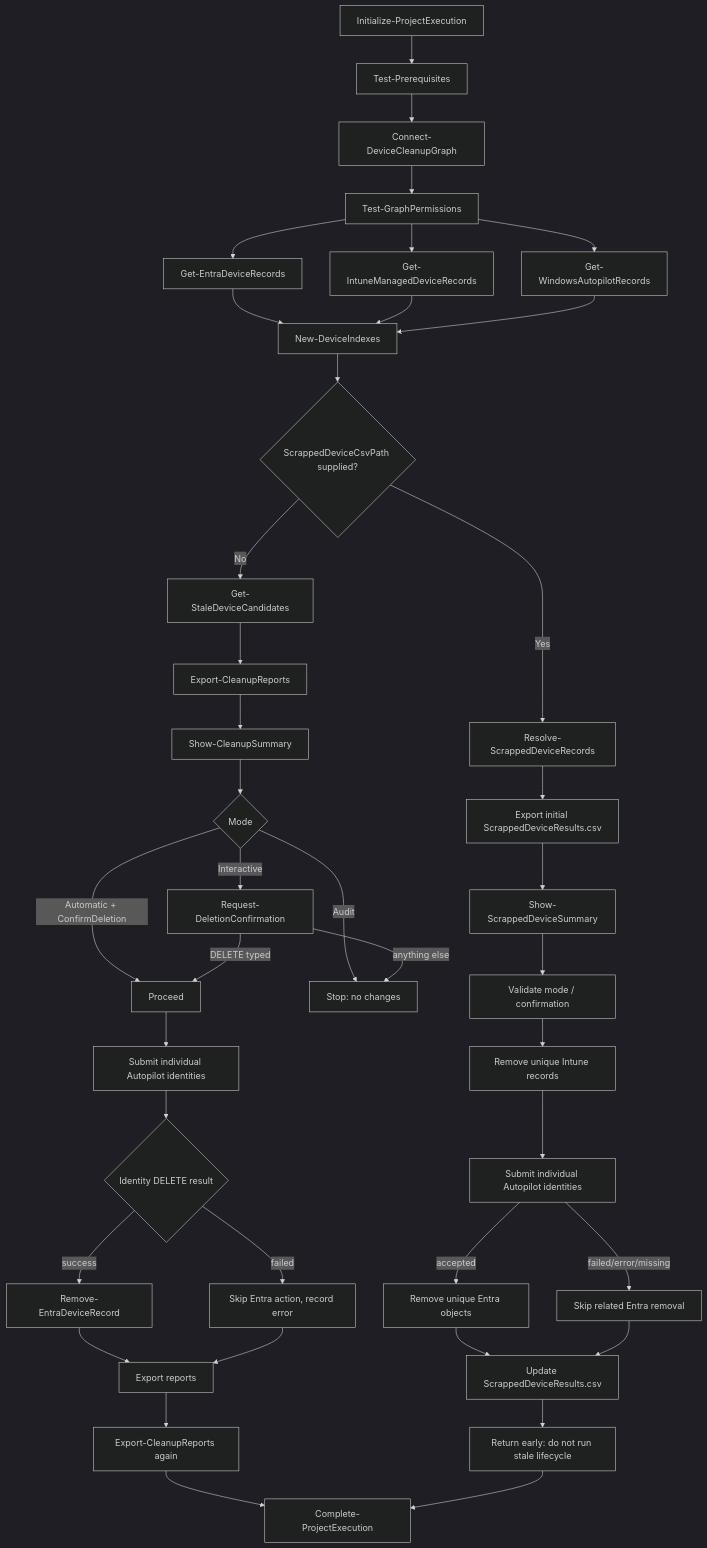
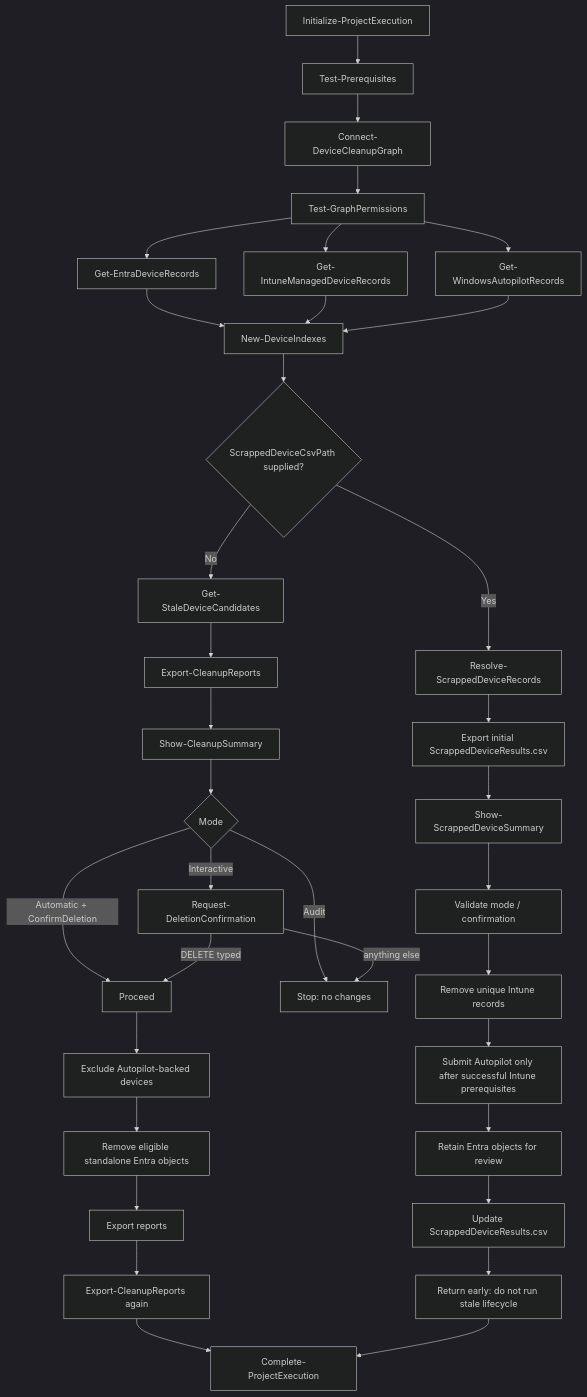
One commit to AteaTom/delete-stale-device-records-msgraph changed the diagram in docs/Architecture.md. Above: the diagram before and after it, drawn with Mermaid (dark theme). The commit also changed other lines of this file and 17 other files, not shown here.

First line of the commit message:
Add guarded Graph batch deletion and workflow summaries

````diff
--- a/docs/Architecture.md
+++ b/docs/Architecture.md
@@ -8,42 +8,37 @@
 ```mermaid
 flowchart TD
     A[Initialize-ProjectExecution] --> B[Test-Prerequisites]
     B --> C[Connect-DeviceCleanupGraph]
     C --> D[Test-GraphPermissions]
     D --> E[Get-EntraDeviceRecords]
     D --> F[Get-IntuneManagedDeviceRecords]
     D --> G[Get-WindowsAutopilotRecords]
     E --> H[New-DeviceIndexes]
     F --> H
     G --> H
     H --> X{ScrappedDeviceCsvPath supplied?}
     X -->|Yes| Y[Resolve-ScrappedDeviceRecords]
    Y --> Y1[Export initial ScrappedDeviceResults.csv]
    Y1 --> Y2[Show-ScrappedDeviceSummary]
    Y2 --> Z1[Validate mode / confirmation]
    Z1 --> ZA[Remove unique Intune records]
-    ZA --> ZB[Submit individual Autopilot identities]
-   ZB -->|accepted| ZC[Remove unique Entra objects]
-   ZB -->|failed/error/missing| ZD[Skip related Entra removal]
-   ZC --> Z3[Update ScrappedDeviceResults.csv]
-   ZD --> Z3
+    ZA --> ZB[Submit Autopilot only after successful Intune prerequisites]
+    ZB --> ZC[Retain Entra objects for review]
+    ZC --> Z3[Update ScrappedDeviceResults.csv]
     Z3 --> Z4[Return early: do not run stale lifecycle]
     X -->|No| I[Get-StaleDeviceCandidates]
     I --> J[Export-CleanupReports]
     J --> K[Show-CleanupSummary]
     K --> L{Mode}
     L -->|Audit| M[Stop: no changes]
     L -->|Interactive| N[Request-DeletionConfirmation]
     L -->|Automatic + ConfirmDeletion| O[Proceed]
     N -->|DELETE typed| O
     N -->|anything else| M
-   O --> P[Submit individual Autopilot identities]
-   P --> Q{Identity DELETE result}
-   Q -->|success| T[Remove-EntraDeviceRecord]
-   Q -->|failed| U2[Skip Entra action, record error]
+   O --> P[Exclude Autopilot-backed devices]
+   P --> T[Remove eligible standalone Entra objects]
     T --> V[Export reports]
-   U2 --> V
     V --> W[Export-CleanupReports again]
     W --> Z5[Complete-ProjectExecution]
     Z4 --> Z5
 ```
````
